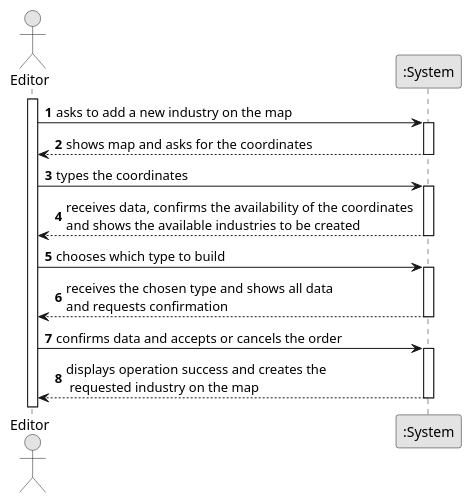
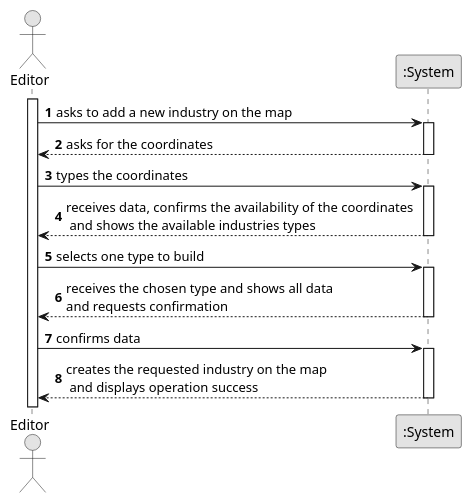
The diagram in docsFinais/US002/01.requirements-engineering/puml/US002-SSD.puml (1240935/pi2-railway-simulator), drawn with PlantUML before and after one commit. The commit also changed 31 other files, not shown here.

```diff
--- a/docsFinais/US002/01.requirements-engineering/puml/US002-SSD.puml
+++ b/docsFinais/US002/01.requirements-engineering/puml/US002-SSD.puml
@@ -1,36 +1,36 @@
 @startuml
 skinparam monochrome true
 skinparam packageStyle rectangle
 skinparam shadowing false
 
 autonumber
 
 actor "Editor" as Employee
 participant ":System" as System
 
 activate Employee
 
     Employee -> System : asks to add a new industry on the map
     activate System
 
-        System --> Employee : shows map and asks for the coordinates
+        System --> Employee : asks for the coordinates
     deactivate System
 
     Employee -> System : types the coordinates
     activate System
 
-        System --> Employee : receives data, confirms the availability of the coordinates \nand shows the available industries to be created
+        System --> Employee : receives data, confirms the availability of the coordinates \n and shows the available industries types
     deactivate System
 
-    Employee -> System :chooses which type to build
+    Employee -> System :selects one type to build
     activate System
 
         System --> Employee : receives the chosen type and shows all data \nand requests confirmation
     deactivate System
 
-    Employee -> System : confirms data and accepts or cancels the order
+    Employee -> System : confirms data
     activate System
 
-        System --> Employee : displays operation success and creates the \n requested industry on the map
+        System --> Employee : creates the requested industry on the map \n and displays operation success
     deactivate System
 @enduml
```
